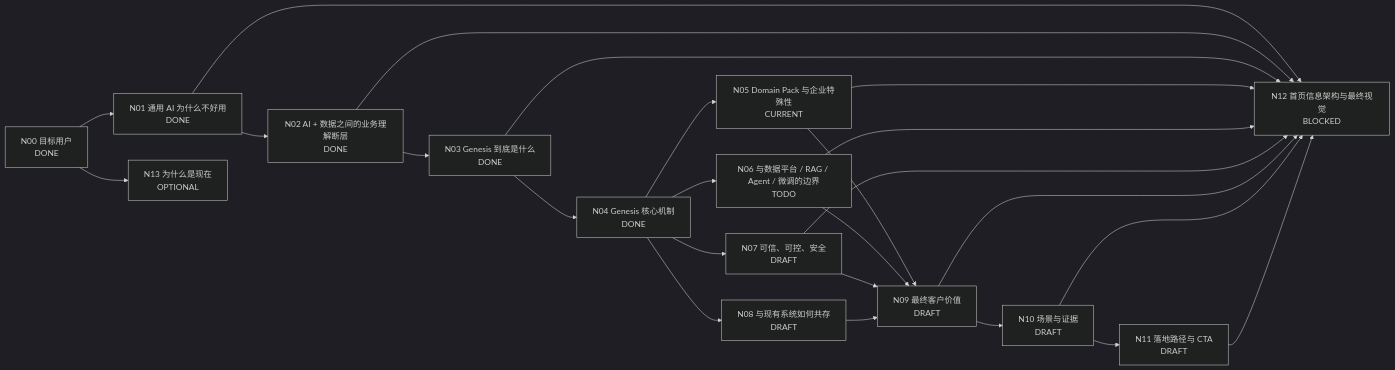
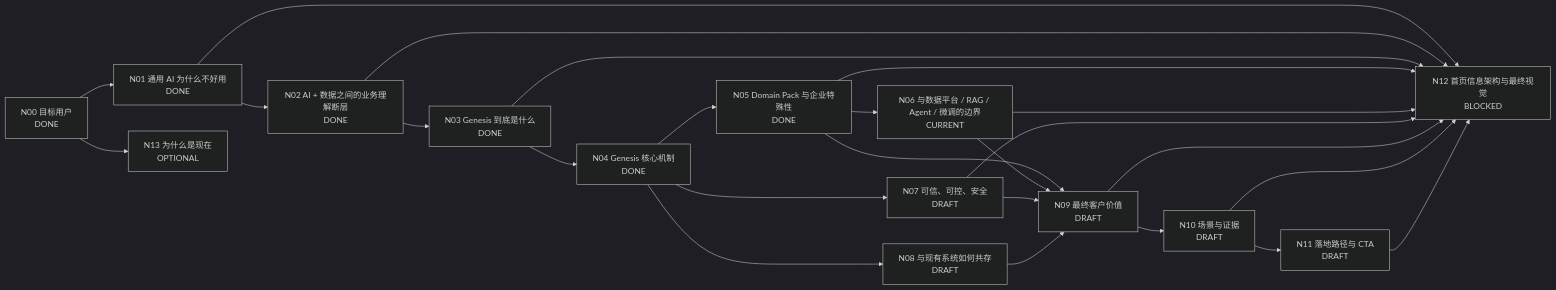
The diagram in docs/product-introduction-dag.md (stevenge-godscode/stevenge-godscode.github.io), drawn with Mermaid (dark theme) before and after one commit. The commit also changed other lines of this file, not shown here.

Commit message:
Finalize Domain Pack definition and advance comparison node

````diff
--- a/docs/product-introduction-dag.md
+++ b/docs/product-introduction-dag.md
@@ -25,37 +25,36 @@
 ```mermaid
 flowchart LR
     N00["N00 目标用户\nDONE"]
     N01["N01 通用 AI 为什么不好用\nDONE"]
     N02["N02 AI + 数据之间的业务理解断层\nDONE"]
     N03["N03 Genesis 到底是什么\nDONE"]
     N04["N04 Genesis 核心机制\nDONE"]
-    N05["N05 Domain Pack 与企业特殊性\nCURRENT"]
-    N06["N06 与数据平台 / RAG / Agent / 微调的边界\nTODO"]
+    N05["N05 Domain Pack 与企业特殊性\nDONE"]
+    N06["N06 与数据平台 / RAG / Agent / 微调的边界\nCURRENT"]
     N07["N07 可信、可控、安全\nDRAFT"]
     N08["N08 与现有系统如何共存\nDRAFT"]
     N09["N09 最终客户价值\nDRAFT"]
     N10["N10 场景与证据\nDRAFT"]
     N11["N11 落地路径与 CTA\nDRAFT"]
     N12["N12 首页信息架构与最终视觉\nBLOCKED"]
     N13["N13 为什么是现在\nOPTIONAL"]
 
-    N00 --> N01 --> N02 --> N03 --> N04 --> N05
-    N04 --> N06
+    N00 --> N01 --> N02 --> N03 --> N04 --> N05 --> N06
     N04 --> N07
     N04 --> N08
     N05 --> N09
     N06 --> N09
     N07 --> N09
     N08 --> N09
     N09 --> N10 --> N11
     N01 --> N12
     N02 --> N12
     N03 --> N12
     N05 --> N12
     N06 --> N12
     N07 --> N12
     N09 --> N12
     N10 --> N12
     N11 --> N12
     N00 --> N13
 ```
````
